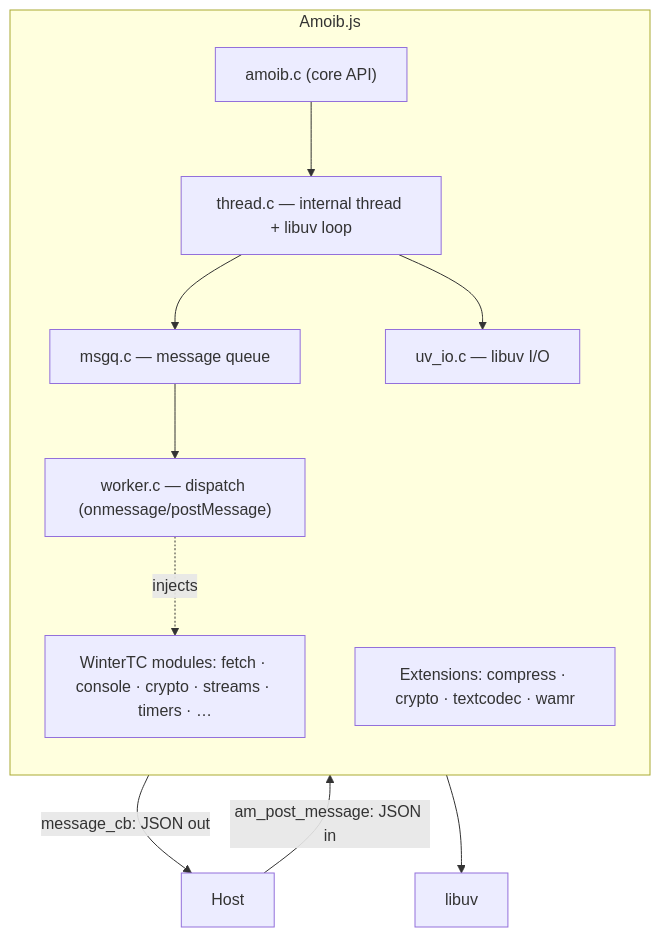
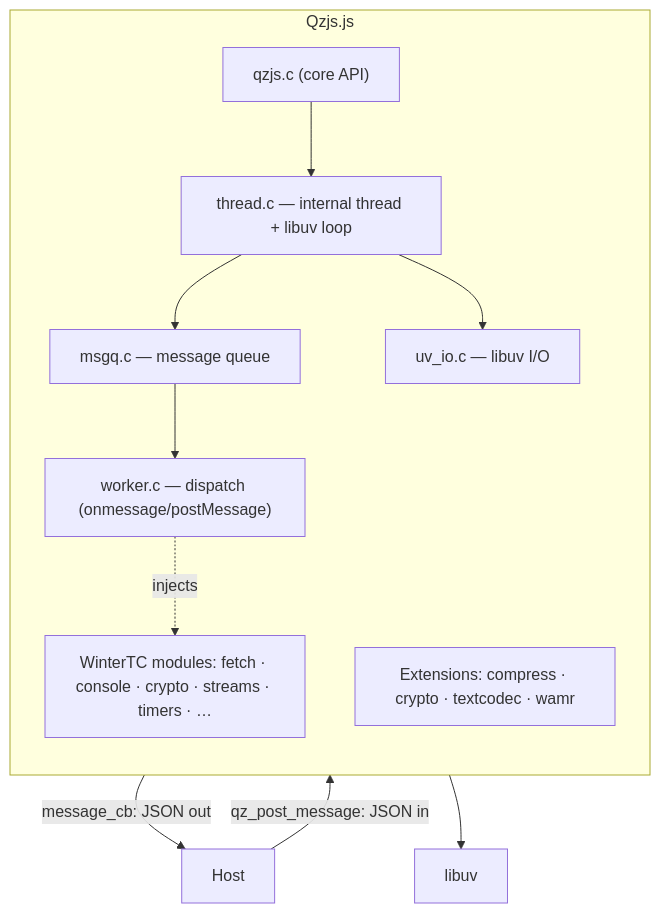
One commit to adam-ikari/qwrt changed the diagram in docs/index.md. Above: the diagram before and after it, drawn with Mermaid. The commit also changed other lines of this file and 349 other files, not shown here.

First line of the commit message:
chore: 项目改名为 qzjs—— 品牌 Qzjs.js、repo/CLI/库名 qzjs、API 前缀 am_→qz_、宏 AM_→QZ_

````diff
--- a/docs/index.md
+++ b/docs/index.md
@@ -73,21 +73,21 @@
 ```mermaid
 flowchart TB
-    subgraph AM["Amoib.js"]
+    subgraph AM["Qzjs.js"]
         direction TB
-        Core["amoib.c (core API)"]
+        Core["qzjs.c (core API)"]
         Thread["thread.c — internal thread + libuv loop"]
         Msgq["msgq.c — message queue"]
         Worker["worker.c — dispatch (onmessage/postMessage)"]
         UvIO["uv_io.c — libuv I/O"]
         Core --> Thread
         Thread --> Msgq
         Msgq --> Worker
         Thread --> UvIO
         JS["WinterTC modules: fetch · console · crypto · streams · timers · …"]
         ExtList["Extensions: compress · crypto · textcodec · wamr"]
         Worker -.injects.-> JS
     end
-    HOST["Host"] -->|"am_post_message: JSON in"| Msgq
+    HOST["Host"] -->|"qz_post_message: JSON in"| Msgq
     Worker -->|"message_cb: JSON out"| HOST
     UvIO --> LIBUV["libuv"]
 ```
````
